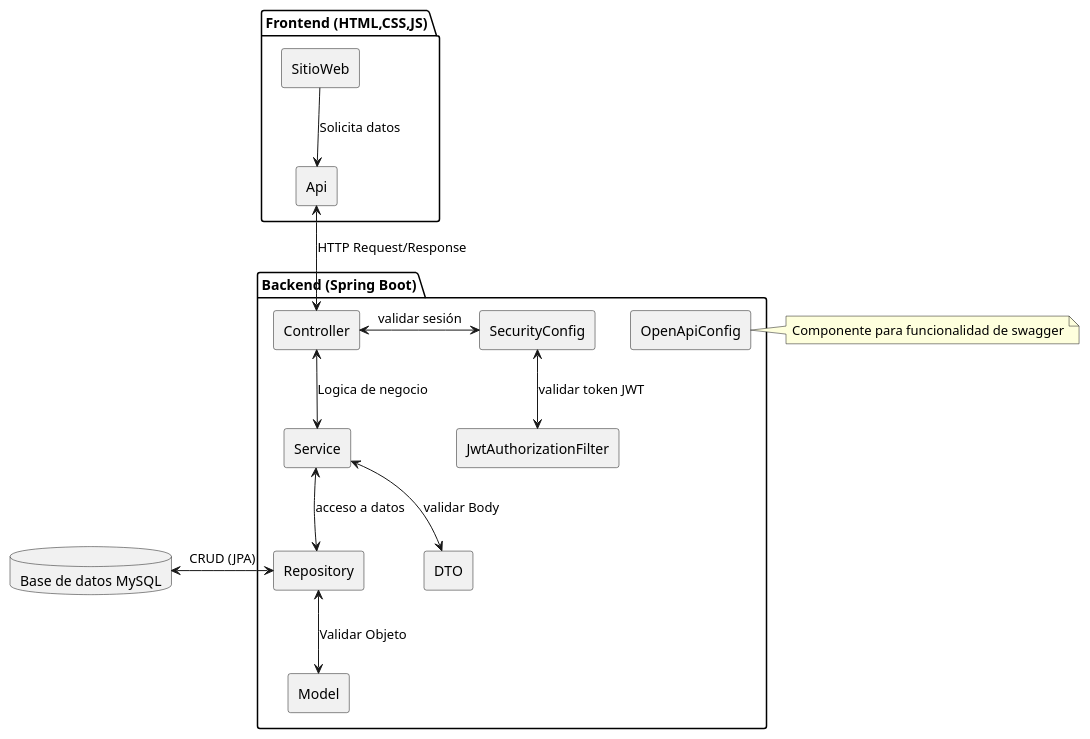
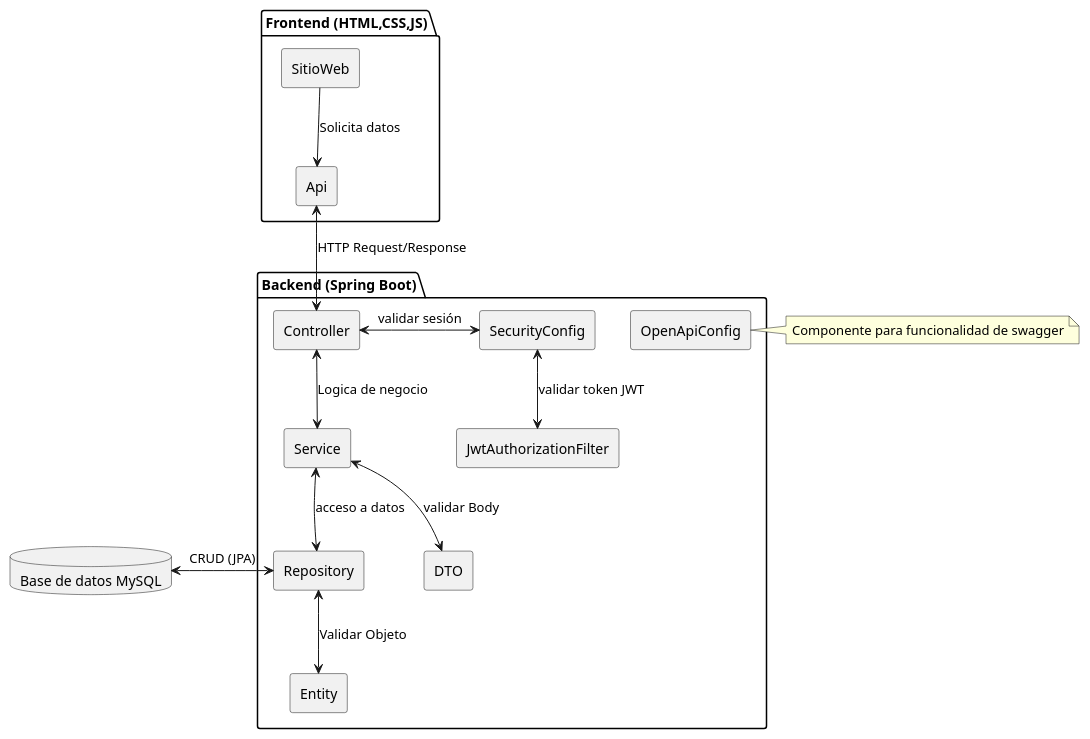
Before and after one commit to SantiagoCernadas/GestorPromesasGedco: the diagram in Backend/src/main/resources/diagrama_componentes.puml, drawn with PlantUML. The commit also changed 3 other files, not shown here.

Commit message:
se agrega el diagrama de clases de la sección autorización

```diff
--- a/Backend/src/main/resources/diagrama_componentes.puml
+++ b/Backend/src/main/resources/diagrama_componentes.puml
@@ -1,35 +1,35 @@
 @startuml
 
 package "Frontend (HTML,CSS,JS)"{
     rectangle SitioWeb
     rectangle Api
 }
 
 SitioWeb --> Api: Solicita datos
 
 package "Backend (Spring Boot)"{
     rectangle Controller
     rectangle Service
     rectangle Repository
     rectangle "DTO"
-    rectangle Model
+    rectangle Entity
     rectangle OpenApiConfig
     rectangle SecurityConfig
     rectangle JwtAuthorizationFilter
 }
 
 note right of OpenApiConfig: Componente para funcionalidad de swagger
 
 Controller <-right-> SecurityConfig: validar sesión
 Api <--> Controller: HTTP Request/Response
 Controller <--> Service: Logica de negocio
 Service <--> Repository: acceso a datos
 Service <--> "DTO": validar Body
-Repository <--> Model: Validar Objeto
+Repository <--> Entity: Validar Objeto
 Repository <-left-> "Base de datos MySQL": CRUD (JPA)
 SecurityConfig <--> JwtAuthorizationFilter: validar token JWT
 
 database "Base de datos MySQL"{
 }
 
 @enduml
```
